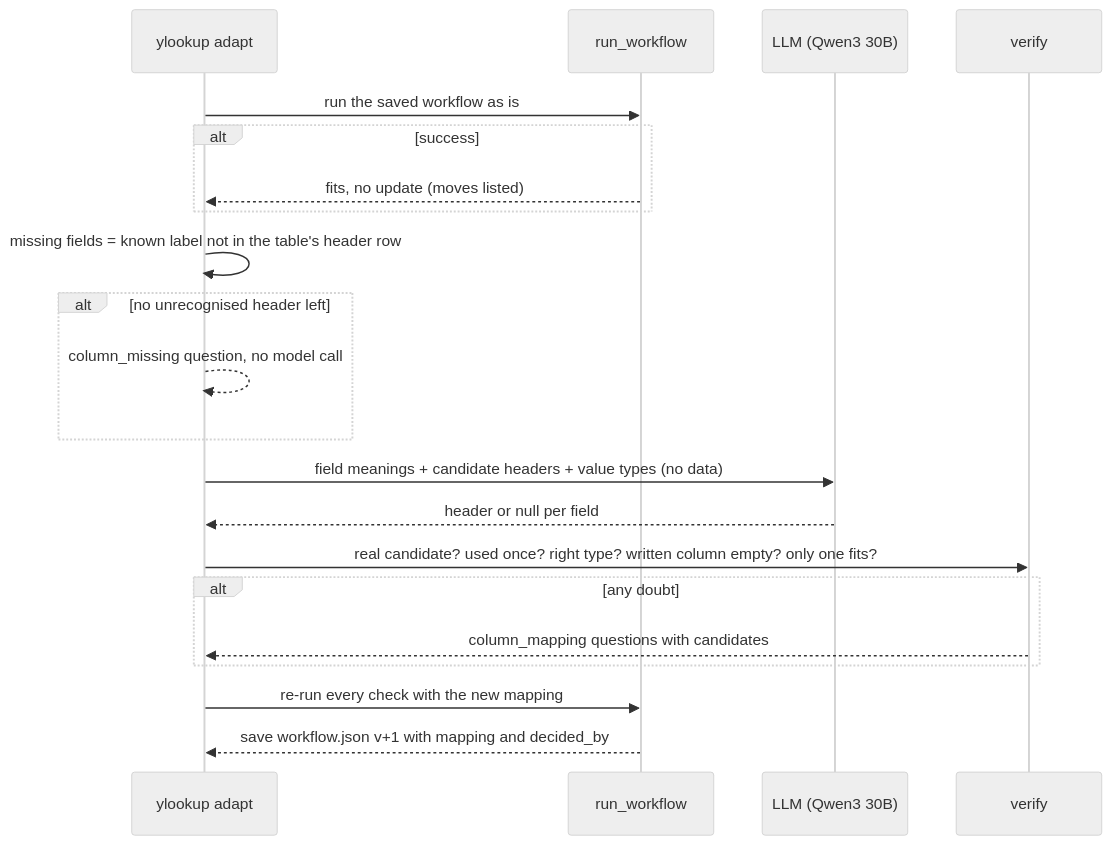
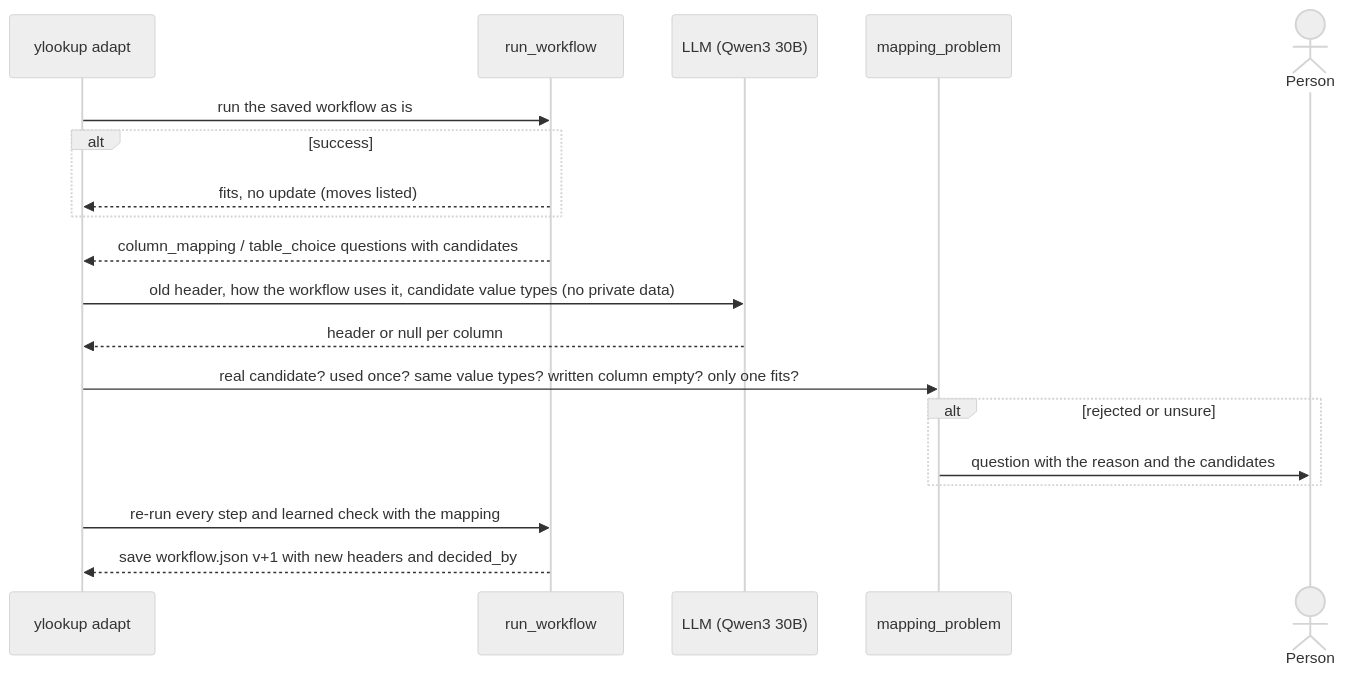
The third of 3 diagrams in docs/design.md (mboosiri/ylookup-workflow-builder), drawn with Mermaid (neutral theme) before and after one commit. The commit also changed other lines of this file and 26 other files, not shown here.

First line of the commit message:
Learn the workflow from input, target and context; general questions; adapt fixes

````diff
--- a/docs/design.md
+++ b/docs/design.md
@@ -59,24 +84,22 @@
 ```mermaid
 sequenceDiagram
     participant Adapt as ylookup adapt
     participant Runner as run_workflow
     participant Model as LLM (Qwen3 30B)
-    participant Code as verify
+    participant Code as mapping_problem
+    actor Person
 
     Adapt->>Runner: run the saved workflow as is
     alt success
         Runner-->>Adapt: fits, no update (moves listed)
     end
-    Adapt->>Adapt: missing fields = known label not in the table's header row
-    alt no unrecognised header left
-        Adapt-->>Adapt: column_missing question, no model call
+    Runner-->>Adapt: column_mapping / table_choice questions with candidates
+    Adapt->>Model: old header, how the workflow uses it, candidate value types (no private data)
+    Model-->>Adapt: header or null per column
+    Adapt->>Code: real candidate? used once? same value types? written column empty? only one fits?
+    alt rejected or unsure
+        Code->>Person: question with the reason and the candidates
     end
-    Adapt->>Model: field meanings + candidate headers + value types (no data)
-    Model-->>Adapt: header or null per field
-    Adapt->>Code: real candidate? used once? right type? written column empty? only one fits?
-    alt any doubt
-        Code-->>Adapt: column_mapping questions with candidates
-    end
-    Adapt->>Runner: re-run every check with the new mapping
-    Runner-->>Adapt: save workflow.json v+1 with mapping and decided_by
+    Adapt->>Runner: re-run every step and learned check with the mapping
+    Runner-->>Adapt: save workflow.json v+1 with new headers and decided_by
 ```
````
